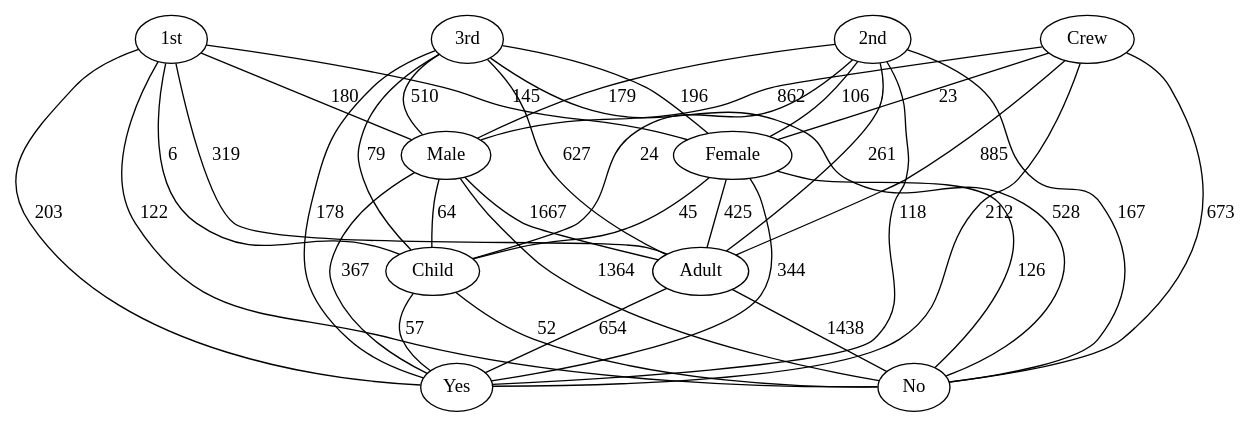
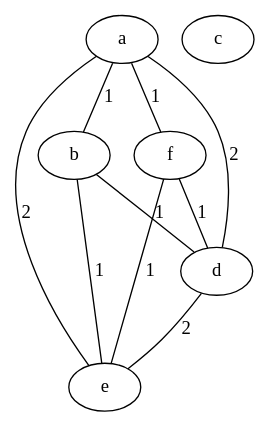
One commit to lrodrin/TFG changed the diagram in src/extension/plainGraph.dot. Above: the diagram before and after it, drawn with Graphviz. The commit also changed 7 other files, not shown here.

```diff
--- a/src/extension/plainGraph.dot
+++ b/src/extension/plainGraph.dot
@@ -1,47 +1,17 @@
 strict graph "" {
-Crew;
-"3rd";
-"1st";
-"2nd";
-Male;
-Female;
-Adult;
-Child;
-No;
-Yes;
-Crew -- Male  [color=black, label=862, style=solid];
-Crew -- Female  [color=black, label=23, style=solid];
-Crew -- Adult  [color=black, label=885, style=solid];
-Crew -- No  [color=black, label=673, style=solid];
-Crew -- Yes  [color=black, label=212, style=solid];
-"3rd" -- Male  [color=black, label=510, style=solid];
-"3rd" -- Female  [color=black, label=196, style=solid];
-"3rd" -- Adult  [color=black, label=627, style=solid];
-"3rd" -- Child  [color=black, label=79, style=solid];
-"3rd" -- No  [color=black, label=528, style=solid];
-"3rd" -- Yes  [color=black, label=178, style=solid];
-"1st" -- Male  [color=black, label=180, style=solid];
-"1st" -- Female  [color=black, label=145, style=solid];
-"1st" -- Adult  [color=black, label=319, style=solid];
-"1st" -- Child  [color=black, label=6, style=solid];
-"1st" -- No  [color=black, label=122, style=solid];
-"1st" -- Yes  [color=black, label=203, style=solid];
-"2nd" -- Male  [color=black, label=179, style=solid];
-"2nd" -- Female  [color=black, label=106, style=solid];
-"2nd" -- Adult  [color=black, label=261, style=solid];
-"2nd" -- Child  [color=black, label=24, style=solid];
-"2nd" -- No  [color=black, label=167, style=solid];
-"2nd" -- Yes  [color=black, label=118, style=solid];
-Male -- Adult  [color=black, label=1667, style=solid];
-Male -- Child  [color=black, label=64, style=solid];
-Male -- No  [color=black, label=1364, style=solid];
-Male -- Yes  [color=black, label=367, style=solid];
-Female -- Adult  [color=black, label=425, style=solid];
-Female -- Child  [color=black, label=45, style=solid];
-Female -- No  [color=black, label=126, style=solid];
-Female -- Yes  [color=black, label=344, style=solid];
-Adult -- No  [color=black, label=1438, style=solid];
-Adult -- Yes  [color=black, label=654, style=solid];
-Child -- No  [color=black, label=52, style=solid];
-Child -- Yes  [color=black, label=57, style=solid];
+a;
+c;
+b;
+f;
+d;
+e;
+a -- b  [color=black, label=1, style=solid];
+a -- f  [color=black, label=1, style=solid];
+a -- d  [color=black, label=2, style=solid];
+a -- e  [color=black, label=2, style=solid];
+b -- d  [color=black, label=1, style=solid];
+b -- e  [color=black, label=1, style=solid];
+f -- d  [color=black, label=1, style=solid];
+f -- e  [color=black, label=1, style=solid];
+d -- e  [color=black, label=2, style=solid];
 }
```
